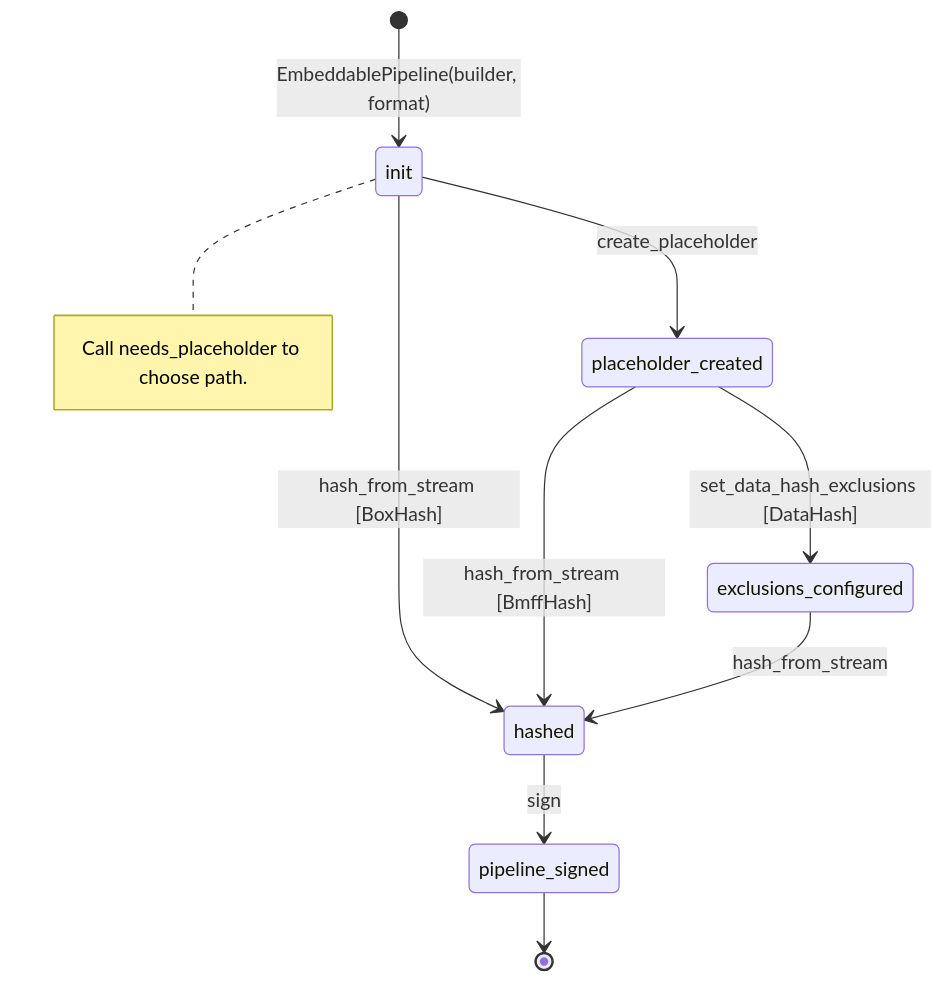
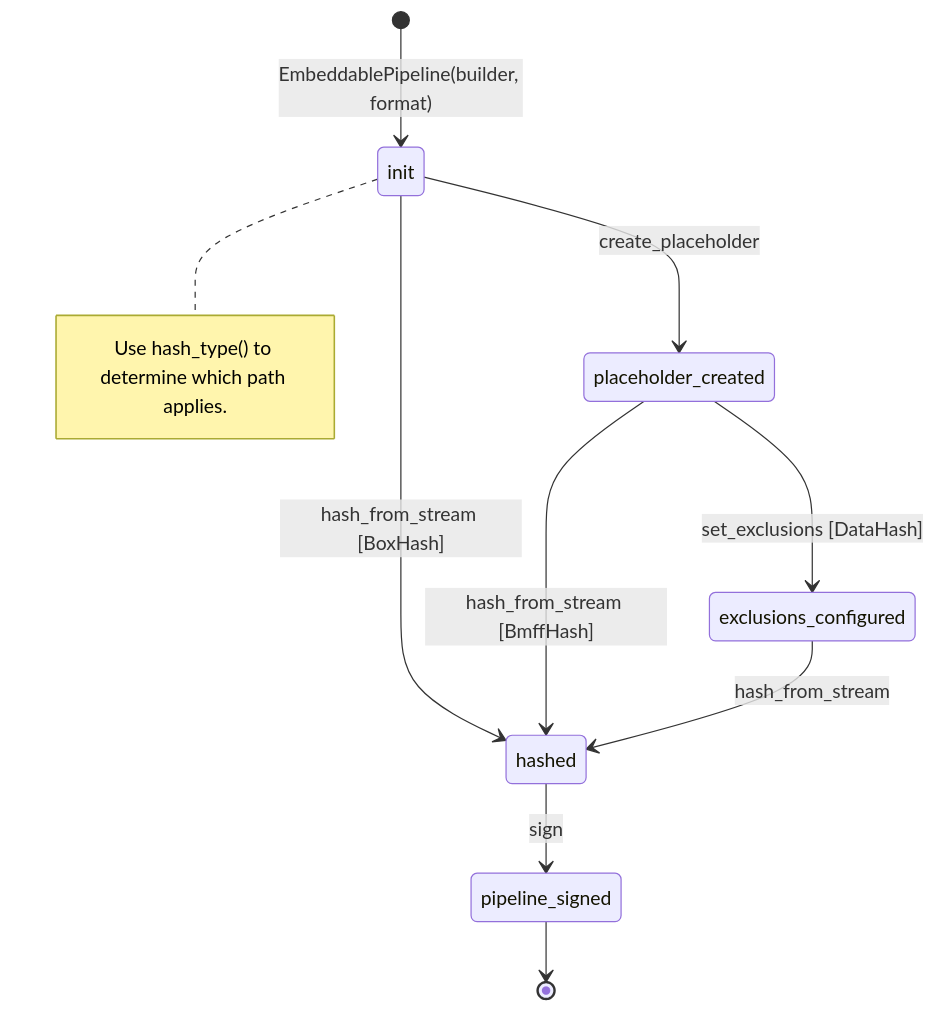
Before and after one commit to contentauth/c2pa-c: the seventh of 8 diagrams in docs/embeddable-api.md, drawn with Mermaid. The commit also changed other lines of this file and 5 other files, not shown here.

````diff
--- a/docs/embeddable-api.md
+++ b/docs/embeddable-api.md
@@ -550,19 +550,19 @@
 ```mermaid
 stateDiagram-v2
     [*] --> init : EmbeddablePipeline(builder, format)
 
     init --> placeholder_created : create_placeholder
     init --> hashed : hash_from_stream [BoxHash]
 
-    placeholder_created --> exclusions_configured : set_data_hash_exclusions [DataHash]
+    placeholder_created --> exclusions_configured : set_exclusions [DataHash]
     placeholder_created --> hashed : hash_from_stream [BmffHash]
 
     exclusions_configured --> hashed : hash_from_stream
 
     hashed --> pipeline_signed : sign
     pipeline_signed --> [*]
 
     note right of init
-        Call needs_placeholder to choose path.
+        Use hash_type() to determine which path applies.
     end note
 ```
````
